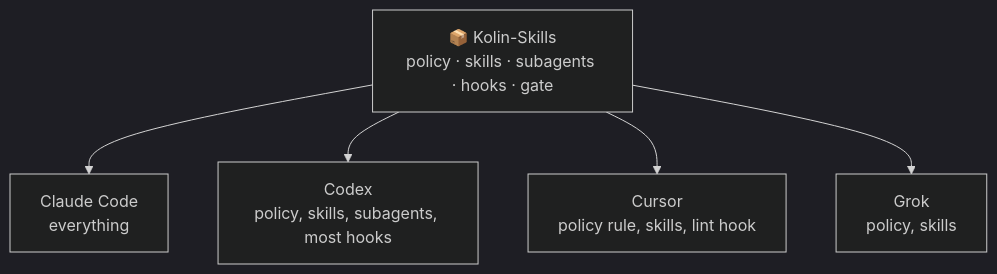
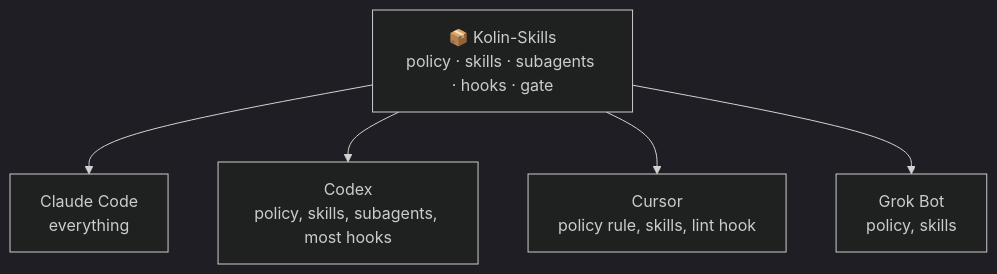
Before and after one commit to kolin-HJ/Kolin-Skills: the first of 2 diagrams in README.md, drawn with Mermaid (dark theme). The commit also changed other lines of this file and 16 other files, not shown here.

````diff
--- a/README.md
+++ b/README.md
@@ -24,8 +24,8 @@
 ```mermaid
 flowchart TB
   repo["📦 Kolin-Skills<br/>policy · skills · subagents · hooks · gate"]
   repo --> cc["Claude Code<br/>everything"]
   repo --> cx["Codex<br/>policy, skills, subagents, most hooks"]
   repo --> cu["Cursor<br/>policy rule, skills, lint hook"]
-  repo --> gk["Grok<br/>policy, skills"]
+  repo --> gk["Grok Bot<br/>policy, skills"]
 ```
````
